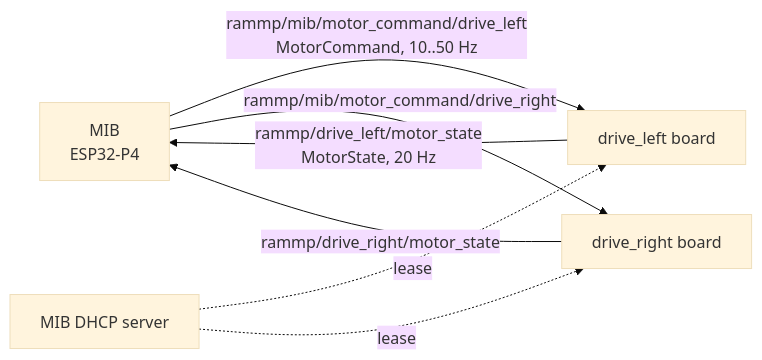
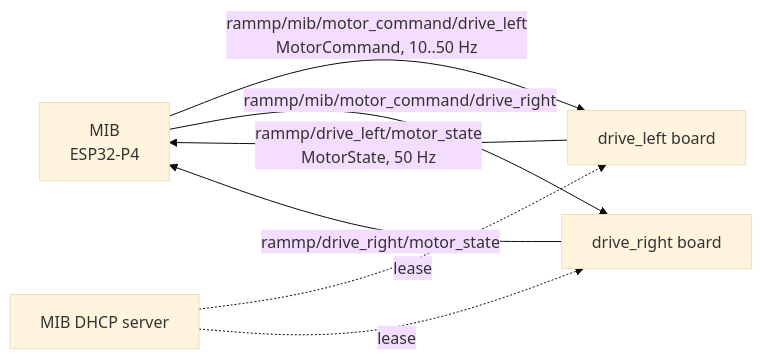
One commit to rammp-org/rammp-rtps changed the first of 5 diagrams in docs/RACER-MOTOR-API.md. Above: the diagram before and after it, drawn with Mermaid (base theme). The commit also changed other lines of this file and 1 other file, not shown here.

First line of the commit message:
MotorState is published at 50 Hz (PACE RACER since ab44267), and is 92 bytes

````diff
--- a/docs/RACER-MOTOR-API.md
+++ b/docs/RACER-MOTOR-API.md
@@ -275,12 +275,12 @@
 ```mermaid
 flowchart LR
     MIB[MIB<br/>ESP32-P4]
     L[drive_left board]
     R[drive_right board]
     MIB -- "rammp/mib/motor_command/drive_left<br/>MotorCommand, 10..50 Hz" --> L
     MIB -- "rammp/mib/motor_command/drive_right" --> R
-    L -- "rammp/drive_left/motor_state<br/>MotorState, 20 Hz" --> MIB
+    L -- "rammp/drive_left/motor_state<br/>MotorState, 50 Hz" --> MIB
     R -- "rammp/drive_right/motor_state" --> MIB
     DHCP[MIB DHCP server] -. lease .-> L
     DHCP -. lease .-> R
 ```
````
